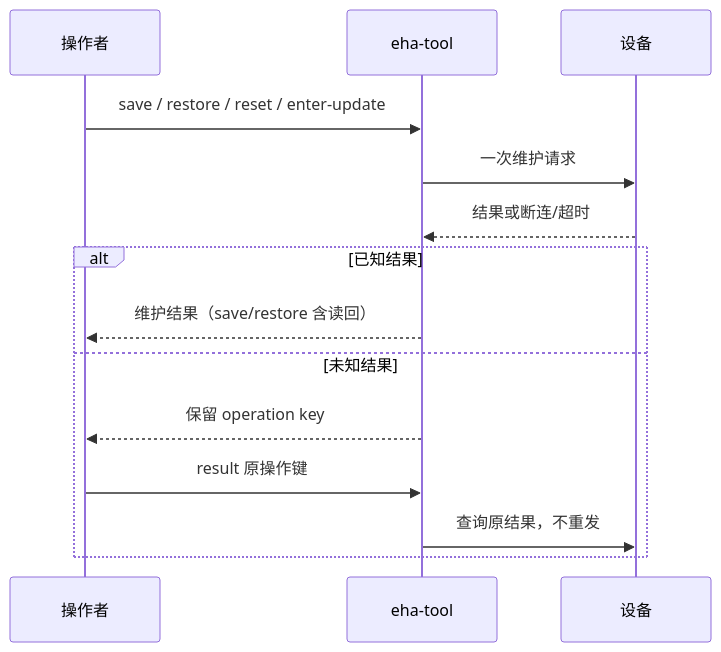
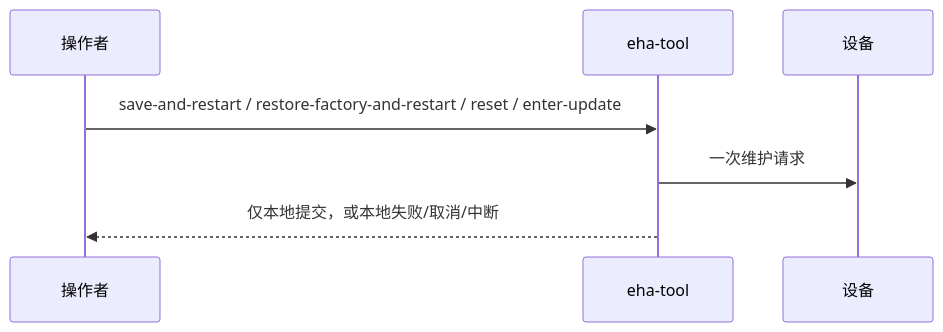
Before and after one commit to EHAPower/eha-sdk: the second of 2 diagrams in crates/tool/README.md, drawn with Mermaid. The commit also changed other lines of this file and 59 other files, not shown here.

````diff
--- a/crates/tool/README.md
+++ b/crates/tool/README.md
@@ -154,16 +153,9 @@
 ```mermaid
 sequenceDiagram
     participant O as 操作者
     participant T as eha-tool
     participant D as 设备
-    O->>T: save / restore / reset / enter-update
+    O->>T: save-and-restart / restore-factory-and-restart / reset / enter-update
     T->>D: 一次维护请求
-    D-->>T: 结果或断连/超时
-    alt 已知结果
-        T-->>O: 维护结果（save/restore 含读回）
-    else 未知结果
-        T-->>O: 保留 operation key
-        O->>T: result 原操作键
-        T->>D: 查询原结果，不重发
-    end
+    T-->>O: 仅本地提交，或本地失败/取消/中断
 ```
````
